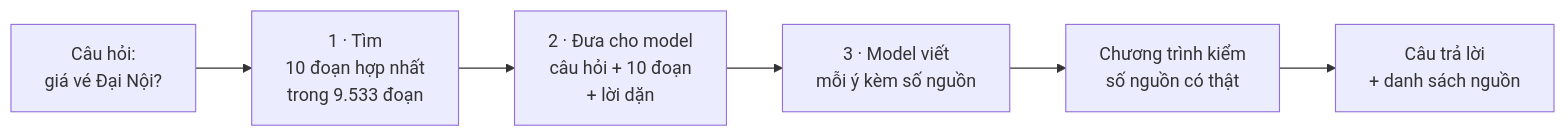
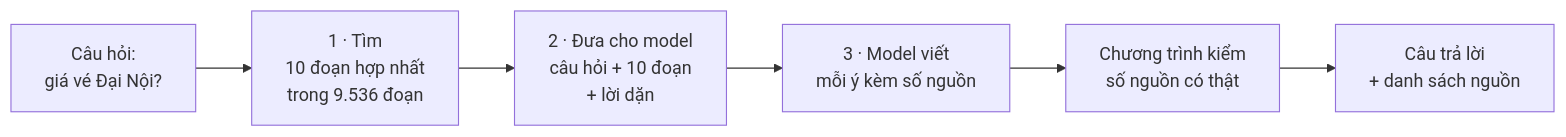
One commit to Sunny-sunnyy/chatbot-hue changed the diagram in bai_hoc/giao_trinh/02_RAG_LA_GI.md. Above: the diagram before and after it, drawn with Mermaid. The commit also changed other lines of this file and 12 other files, not shown here.

````diff
--- a/bai_hoc/giao_trinh/02_RAG_LA_GI.md
+++ b/bai_hoc/giao_trinh/02_RAG_LA_GI.md
@@ -41,8 +41,8 @@
 ```mermaid
 flowchart LR
-  A["Câu hỏi:<br/>giá vé Đại Nội?"] --> B["1 · Tìm<br/>10 đoạn hợp nhất<br/>trong 9.533 đoạn"]
+  A["Câu hỏi:<br/>giá vé Đại Nội?"] --> B["1 · Tìm<br/>10 đoạn hợp nhất<br/>trong 9.536 đoạn"]
   B --> C["2 · Đưa cho model<br/>câu hỏi + 10 đoạn<br/>+ lời dặn"]
   C --> D["3 · Model viết<br/>mỗi ý kèm số nguồn"]
   D --> E["Chương trình kiểm<br/>số nguồn có thật"]
   E --> F["Câu trả lời<br/>+ danh sách nguồn"]
 ```
````
